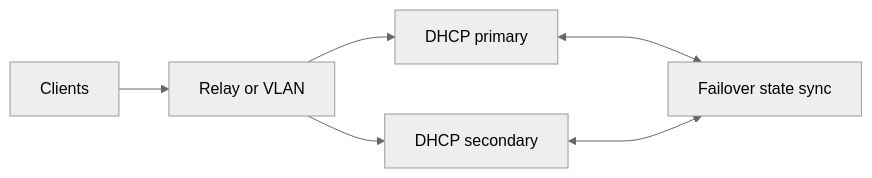
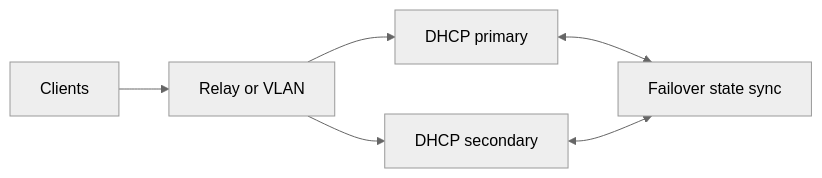
Before and after one commit to ShasidharReddy/Linux: the second of 5 diagrams in 04-SystemAdministration/20-network-services-advanced.md, drawn with Mermaid. The commit also changed 83 other files, not shown here.

````diff
--- a/04-SystemAdministration/20-network-services-advanced.md
+++ b/04-SystemAdministration/20-network-services-advanced.md
@@ -54,9 +54,9 @@
 ```mermaid
 %%{init: {'theme': 'neutral'}}%%
 flowchart LR
     A[Clients] --> B[Relay or VLAN]
     B --> C[DHCP primary]
     B --> D[DHCP secondary]
-    C <---> E[Failover state sync]
-    D <---> E
+    C <--> E[Failover state sync]
+    D <--> E
 ```
````
